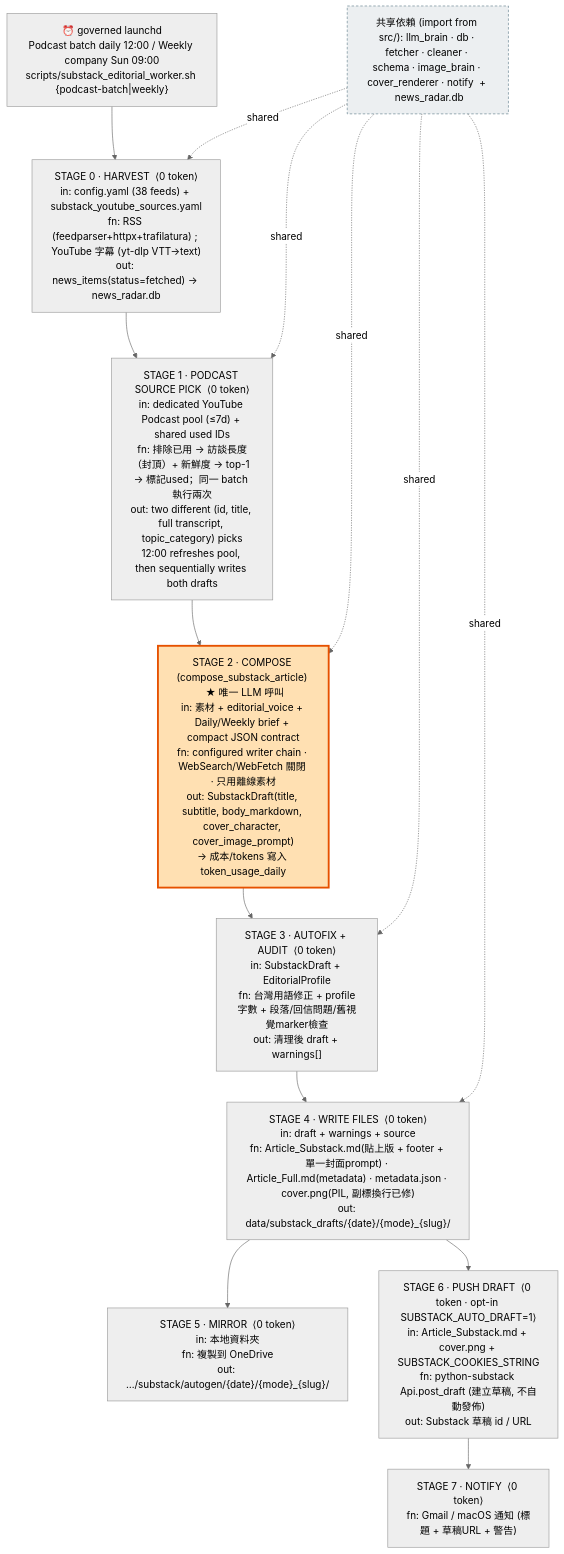
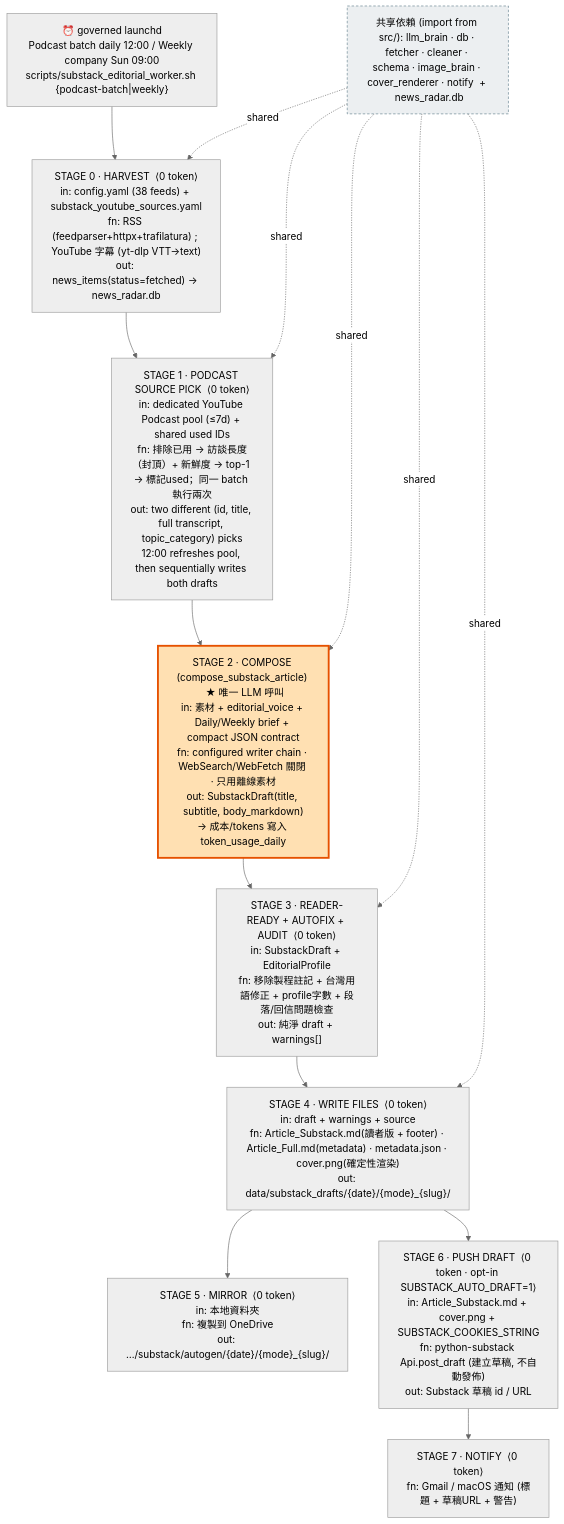
One commit to HsinTiger/news-radar changed the diagram in substack_radar/docs/PIPELINE_DIAGRAM.md. Above: the diagram before and after it, drawn with Mermaid (neutral theme). The commit also changed other lines of this file and 14 other files, not shown here.

Commit message:
refactor: make Substack drafts reader-ready

````diff
--- a/substack_radar/docs/PIPELINE_DIAGRAM.md
+++ b/substack_radar/docs/PIPELINE_DIAGRAM.md
@@ -11,38 +11,38 @@
 ```mermaid
 flowchart TD
     T["⏰ governed launchd<br/>Podcast batch daily 12:00 / Weekly company Sun 09:00<br/>scripts/substack_editorial_worker.sh {podcast-batch|weekly}"]
     T --> S0
 
     S0["STAGE 0 · HARVEST  ⟨0 token⟩<br/>in: config.yaml (38 feeds) + substack_youtube_sources.yaml<br/>fn: RSS (feedparser+httpx+trafilatura) ; YouTube 字幕 (yt-dlp VTT→text)<br/>out: news_items(status=fetched) → news_radar.db"]
     S0 --> S1
 
     S1["STAGE 1 · PODCAST SOURCE PICK  ⟨0 token⟩<br/>in: dedicated YouTube Podcast pool (≤7d) + shared used IDs<br/>fn: 排除已用 → 訪談長度（封頂）+ 新鮮度 → top-1 → 標記used；同一 batch 執行兩次<br/>out: two different (id, title, full transcript, topic_category) picks<br/>12:00 refreshes pool, then sequentially writes both drafts"]
     S1 --> S2
 
-    S2["STAGE 2 · COMPOSE (compose_substack_article)  ★ 唯一 LLM 呼叫<br/>in: 素材 + editorial_voice + Daily/Weekly brief + compact JSON contract<br/>fn: configured writer chain · WebSearch/WebFetch 關閉 · 只用離線素材<br/>out: SubstackDraft(title, subtitle, body_markdown, cover_character, cover_image_prompt)<br/>→ 成本/tokens 寫入 token_usage_daily"]
+    S2["STAGE 2 · COMPOSE (compose_substack_article)  ★ 唯一 LLM 呼叫<br/>in: 素材 + editorial_voice + Daily/Weekly brief + compact JSON contract<br/>fn: configured writer chain · WebSearch/WebFetch 關閉 · 只用離線素材<br/>out: SubstackDraft(title, subtitle, body_markdown)<br/>→ 成本/tokens 寫入 token_usage_daily"]
     S2 --> S3
 
-    S3["STAGE 3 · AUTOFIX + AUDIT  ⟨0 token⟩<br/>in: SubstackDraft + EditorialProfile<br/>fn: 台灣用語修正 + profile字數 + 段落/回信問題/舊視覺marker檢查<br/>out: 清理後 draft + warnings[]"]
+    S3["STAGE 3 · READER-READY + AUTOFIX + AUDIT  ⟨0 token⟩<br/>in: SubstackDraft + EditorialProfile<br/>fn: 移除製程註記 + 台灣用語修正 + profile字數 + 段落/回信問題檢查<br/>out: 純淨 draft + warnings[]"]
     S3 --> S4
 
-    S4["STAGE 4 · WRITE FILES  ⟨0 token⟩<br/>in: draft + warnings + source<br/>fn: Article_Substack.md(貼上版 + footer + 單一封面prompt) · Article_Full.md(metadata) · metadata.json · cover.png(PIL, 副標換行已修)<br/>out: data/substack_drafts/{date}/{mode}_{slug}/"]
+    S4["STAGE 4 · WRITE FILES  ⟨0 token⟩<br/>in: draft + warnings + source<br/>fn: Article_Substack.md(讀者版 + footer) · Article_Full.md(metadata) · metadata.json · cover.png(確定性渲染)<br/>out: data/substack_drafts/{date}/{mode}_{slug}/"]
     S4 --> S5
     S4 --> S6
 
     S5["STAGE 5 · MIRROR  ⟨0 token⟩<br/>in: 本地資料夾<br/>fn: 複製到 OneDrive<br/>out: …/substack/autogen/{date}/{mode}_{slug}/"]
 
     S6["STAGE 6 · PUSH DRAFT  ⟨0 token · opt-in SUBSTACK_AUTO_DRAFT=1⟩<br/>in: Article_Substack.md + cover.png + SUBSTACK_COOKIES_STRING<br/>fn: python-substack Api.post_draft (建立草稿, 不自動發佈)<br/>out: Substack 草稿 id / URL"]
     S6 --> S7
 
     S7["STAGE 7 · NOTIFY  ⟨0 token⟩<br/>fn: Gmail / macOS 通知 (標題 + 草稿URL + 警告)"]
 
     SH["共享依賴 (import from src/): llm_brain · db · fetcher · cleaner · schema · image_brain · cover_renderer · notify  +  news_radar.db"]
     SH -.shared.-> S0
     SH -.shared.-> S1
     SH -.shared.-> S2
     SH -.shared.-> S3
     SH -.shared.-> S4
 
     style S2 fill:#ffe0b2,stroke:#e65100,stroke-width:3px
     style SH fill:#eceff1,stroke:#607d8b,stroke-dasharray:4 3
 ```
````
